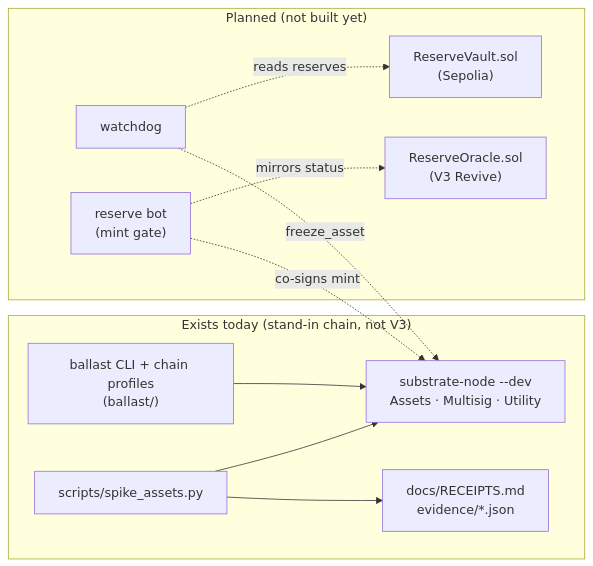
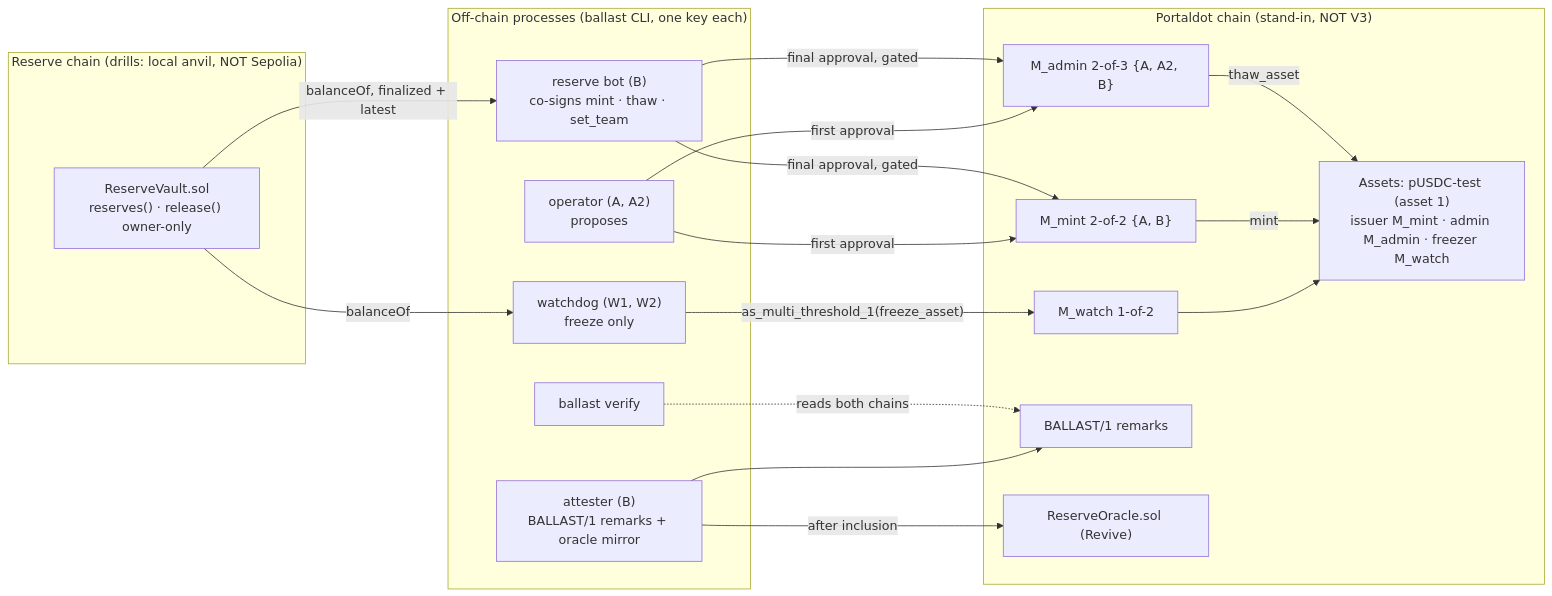
Before and after one commit to edycutjong/portaldot-hackathon-2026-ballast-edycu: the diagram in README.md, drawn with Mermaid. The commit also changed other lines of this file and 1 other file, not shown here.

Commit message:
README v1: organisers' template with the shipped scope — vault, watchdog, oracle, role split, bot, attestations, verify (standin-upstream, NOT V3; reserve local-anvil, NOT Sepolia); 259 tests; honest limitations

````diff
--- a/README.md
+++ b/README.md
@@ -58,22 +70,33 @@
 ```mermaid
 flowchart LR
-  subgraph exists["Exists today (stand-in chain, not V3)"]
-    CLI["ballast CLI + chain profiles<br/>(ballast/)"]
-    SPIKE["scripts/spike_assets.py"]
-    NODE["substrate-node --dev<br/>Assets · Multisig · Utility"]
-    REC["docs/RECEIPTS.md<br/>evidence/*.json"]
-    CLI --> NODE
-    SPIKE --> NODE
-    SPIKE --> REC
+  subgraph RES["Reserve chain (drills: local anvil, NOT Sepolia)"]
+    VAULT["ReserveVault.sol<br/>reserves() · release() owner-only"]
   end
-  subgraph planned["Planned (not built yet)"]
-    WD["watchdog"]
-    VAULT["ReserveVault.sol<br/>(Sepolia)"]
-    BOT["reserve bot<br/>(mint gate)"]
-    ORA["ReserveOracle.sol<br/>(V3 Revive)"]
+  subgraph PROC["Off-chain processes (ballast CLI, one key each)"]
+    WD["watchdog (W1, W2)<br/>freeze only"]
+    BOT["reserve bot (B)<br/>co-signs mint · thaw · set_team"]
+    ATT["attester (B)<br/>BALLAST/1 remarks + oracle mirror"]
+    OP["operator (A, A2)<br/>proposes"]
+    VER["ballast verify"]
   end
-  WD -. reads reserves .-> VAULT
-  WD -. freeze_asset .-> NODE
-  BOT -. co-signs mint .-> NODE
-  BOT -. mirrors status .-> ORA
+  subgraph PD["Portaldot chain (stand-in, NOT V3)"]
+    ASSET["Assets: pUSDC-test (asset 1)<br/>issuer M_mint · admin M_admin · freezer M_watch"]
+    MWATCH["M_watch 1-of-2"]
+    MMINT["M_mint 2-of-2 {A, B}"]
+    MADMIN["M_admin 2-of-3 {A, A2, B}"]
+    REMARK["BALLAST/1 remarks"]
+    ORACLE["ReserveOracle.sol (Revive)"]
+  end
+  VAULT -- "balanceOf" --> WD
+  VAULT -- "balanceOf, finalized + latest" --> BOT
+  WD -- "as_multi_threshold_1(freeze_asset)" --> MWATCH --> ASSET
+  OP -- "first approval" --> MMINT
+  OP -- "first approval" --> MADMIN
+  BOT -- "final approval, gated" --> MMINT
+  BOT -- "final approval, gated" --> MADMIN
+  MMINT -- "mint" --> ASSET
+  MADMIN -- "thaw_asset" --> ASSET
+  ATT --> REMARK
+  ATT -- "after inclusion" --> ORACLE
+  VER -. reads both chains .-> REMARK
 ```
````
